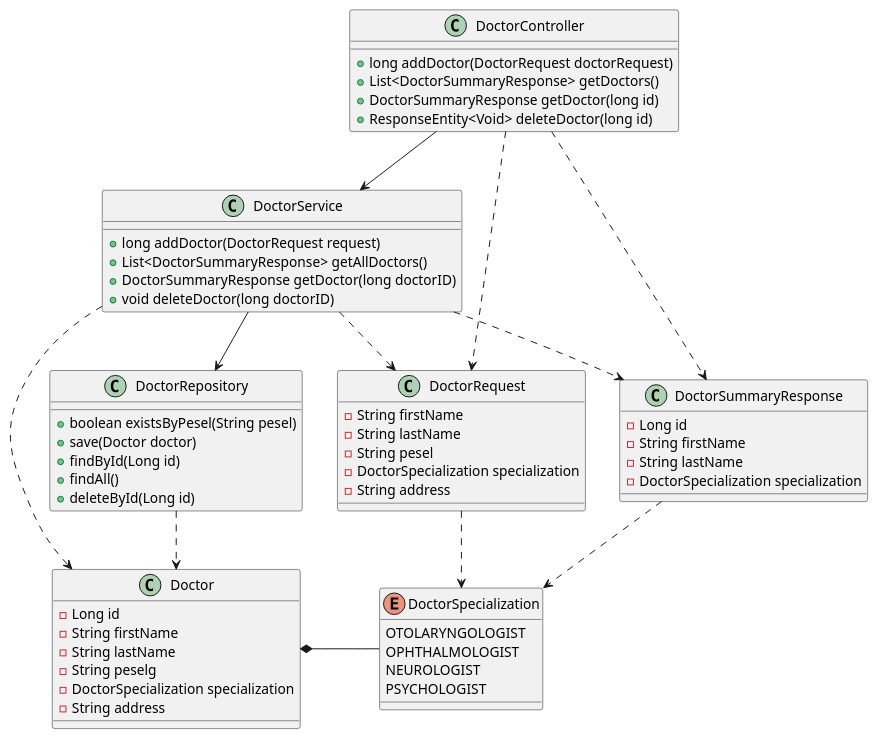
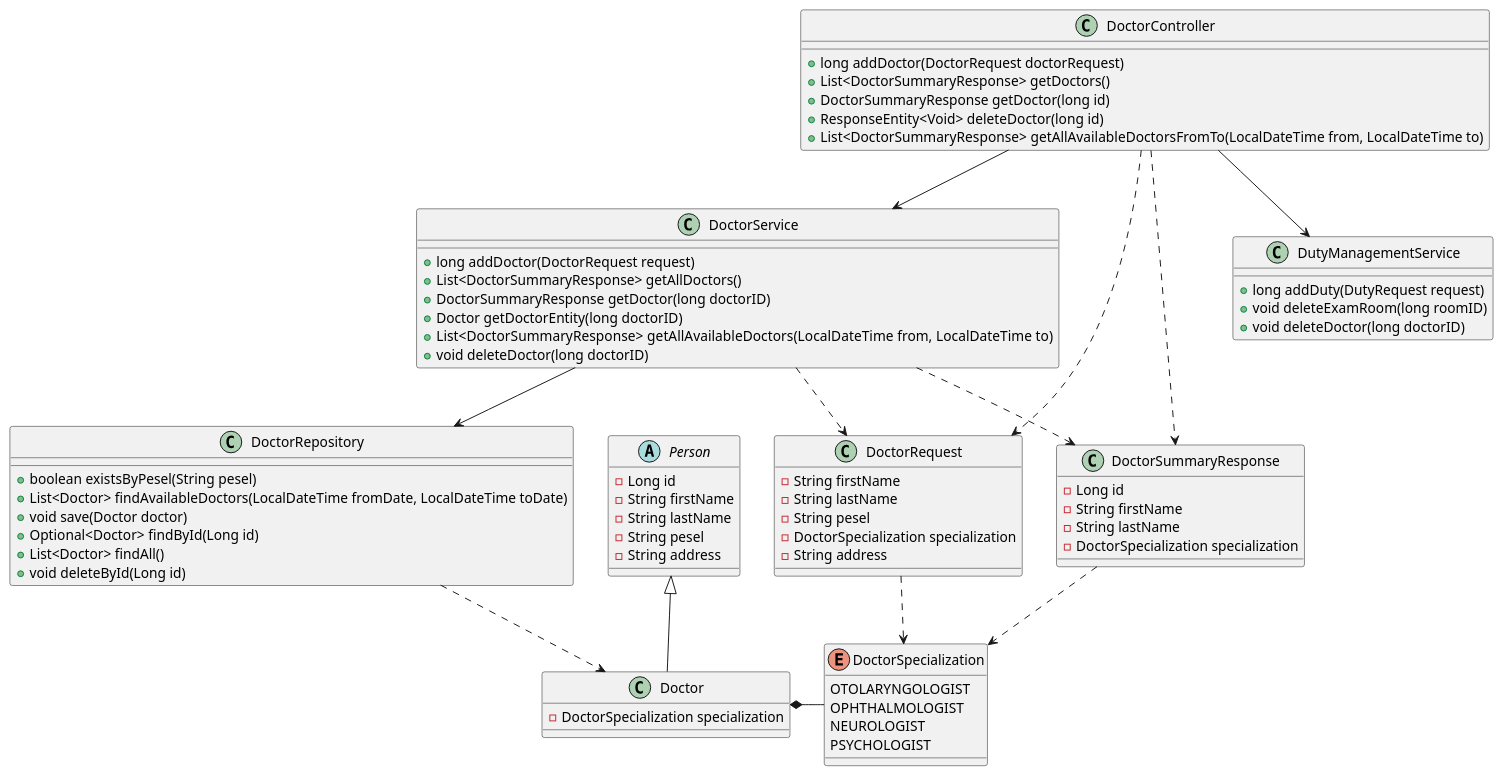
The diagram in docs/uml/Doctor.puml (Krzeselkoo/DK-czw-0800-LK), drawn with PlantUML before and after one commit. The commit also changed 10 other files, not shown here.

```diff
--- a/docs/uml/Doctor.puml
+++ b/docs/uml/Doctor.puml
@@ -1,66 +1,80 @@
 @startuml
 class Doctor {
-    - Long id
-    - String firstName
-    - String lastName
-    - String peselg
     - DoctorSpecialization specialization
-    - String address
 }
 
 class DoctorRequest {
     - String firstName
     - String lastName
     - String pesel
     - DoctorSpecialization specialization
     - String address
 }
 
 class DoctorSummaryResponse {
     - Long id
     - String firstName
     - String lastName
     - DoctorSpecialization specialization
 }
 
 class DoctorService {
     + long addDoctor(DoctorRequest request)
     + List<DoctorSummaryResponse> getAllDoctors()
     + DoctorSummaryResponse getDoctor(long doctorID)
+    + Doctor getDoctorEntity(long doctorID)
+    + List<DoctorSummaryResponse>  getAllAvailableDoctors(LocalDateTime from, LocalDateTime to)
     + void deleteDoctor(long doctorID)
 }
 
 class DoctorRepository {
     + boolean existsByPesel(String pesel)
-    + save(Doctor doctor)
-    + findById(Long id)
-    + findAll()
-    + deleteById(Long id)
+    + List<Doctor> findAvailableDoctors(LocalDateTime fromDate, LocalDateTime toDate)
+    + void save(Doctor doctor)
+    + Optional<Doctor> findById(Long id)
+    + List<Doctor> findAll()
+    + void deleteById(Long id)
 }
 
 class DoctorController {
     + long addDoctor(DoctorRequest doctorRequest)
     + List<DoctorSummaryResponse> getDoctors()
     + DoctorSummaryResponse getDoctor(long id)
     + ResponseEntity<Void> deleteDoctor(long id)
+    +List<DoctorSummaryResponse> getAllAvailableDoctorsFromTo(LocalDateTime from, LocalDateTime to)
 }
 
 enum DoctorSpecialization {
     OTOLARYNGOLOGIST
     OPHTHALMOLOGIST
     NEUROLOGIST
     PSYCHOLOGIST
 }
 
+class DutyManagementService {
+    + long addDuty(DutyRequest request)
+    + void deleteExamRoom(long roomID)
+    + void deleteDoctor(long doctorID)
+}
+
+abstract class Person {
+    - Long id
+    - String firstName
+    - String lastName
+    - String pesel
+    - String address
+}
+
+Person <|-- Doctor
 Doctor *- DoctorSpecialization
 DoctorRequest ..> DoctorSpecialization
 DoctorSummaryResponse ..> DoctorSpecialization
-DoctorService ..> Doctor
 DoctorService ..> DoctorRequest
 DoctorService ..> DoctorSummaryResponse
 DoctorService --> DoctorRepository
 DoctorController --> DoctorService
 DoctorController ..> DoctorRequest
 DoctorController ..> DoctorSummaryResponse
+DoctorController --> DutyManagementService
 DoctorRepository ..> Doctor
 @enduml
```
